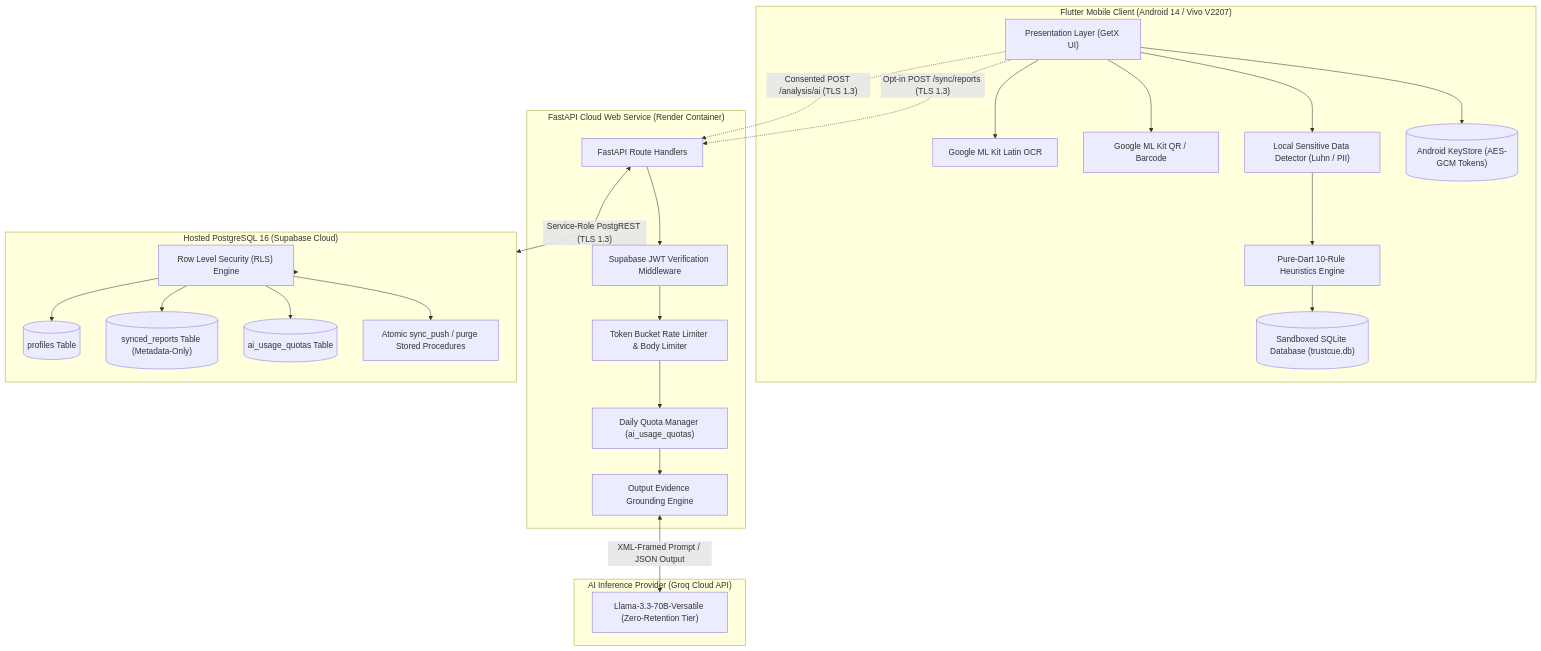
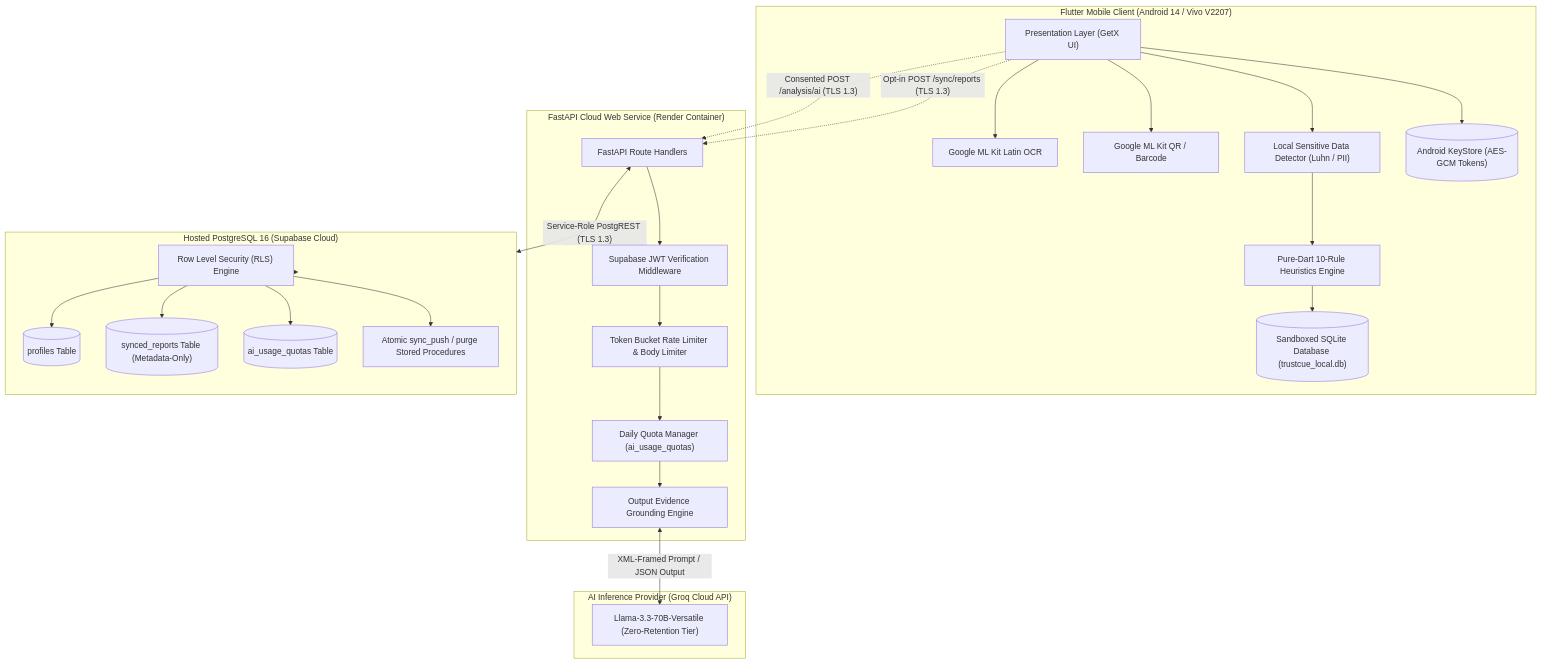
Before and after one commit to muhammadtaimoorajmal/trustcue-mobile: the first of 2 diagrams in docs/FINAL_AUDIT_AND_ACCEPTANCE_REGISTER_MODULE_50.md, drawn with Mermaid. The commit also changed other lines of this file and 4 other files, not shown here.

````diff
--- a/docs/FINAL_AUDIT_AND_ACCEPTANCE_REGISTER_MODULE_50.md
+++ b/docs/FINAL_AUDIT_AND_ACCEPTANCE_REGISTER_MODULE_50.md
@@ -210,55 +215,55 @@
 ```mermaid
 flowchart TB
     subgraph Client["Flutter Mobile Client (Android 14 / Vivo V2207)"]
         UI["Presentation Layer (GetX UI)"]
         OCR["Google ML Kit Latin OCR"]
         QR["Google ML Kit QR / Barcode"]
         RuleEng["Pure-Dart 10-Rule Heuristics Engine"]
         Redact["Local Sensitive Data Detector (Luhn / PII)"]
-        SQLite[("Sandboxed SQLite Database (trustcue.db)")]
+        SQLite[("Sandboxed SQLite Database (trustcue_local.db)")]
         KeyStore[("Android KeyStore (AES-GCM Tokens)")]
     end
 
     subgraph Backend["FastAPI Cloud Web Service (Render Container)"]
         Router["FastAPI Route Handlers"]
         JWT["Supabase JWT Verification Middleware"]
         Limiter["Token Bucket Rate Limiter & Body Limiter"]
         QuotaMgr["Daily Quota Manager (ai_usage_quotas)"]
         Ground["Output Evidence Grounding Engine"]
     end
 
     subgraph Database["Hosted PostgreSQL 16 (Supabase Cloud)"]
         RLS["Row Level Security (RLS) Engine"]
         Profiles[("profiles Table")]
         Reports[("synced_reports Table (Metadata-Only)")]
         Quotas[("ai_usage_quotas Table")]
         PurgeProc["Atomic sync_push / purge Stored Procedures"]
     end
 
     subgraph AI["AI Inference Provider (Groq Cloud API)"]
         Groq["Llama-3.3-70B-Versatile (Zero-Retention Tier)"]
     end
 
     UI --> OCR
     UI --> QR
     UI --> Redact
     Redact --> RuleEng
     RuleEng --> SQLite
     UI --> KeyStore
 
     UI -.->|"Consented POST /analysis/ai (TLS 1.3)"| Router
     UI -.->|"Opt-in POST /sync/reports (TLS 1.3)"| Router
 
     Router --> JWT
     JWT --> Limiter
     Limiter --> QuotaMgr
     QuotaMgr --> Ground
     Ground <-->|"XML-Framed Prompt / JSON Output"| Groq
 
     Router <-->|"Service-Role PostgREST (TLS 1.3)"| Database
     Database --> RLS
     RLS --> Profiles
     RLS --> Reports
     RLS --> Quotas
     RLS --> PurgeProc
 ```
````
